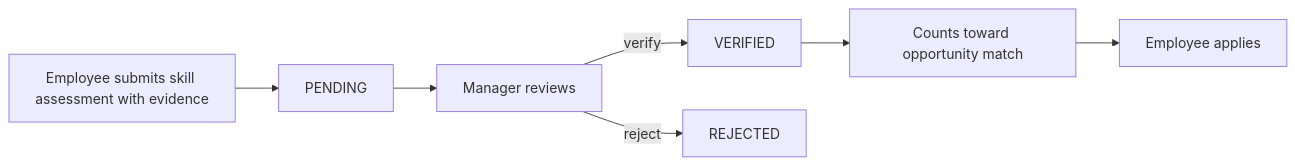
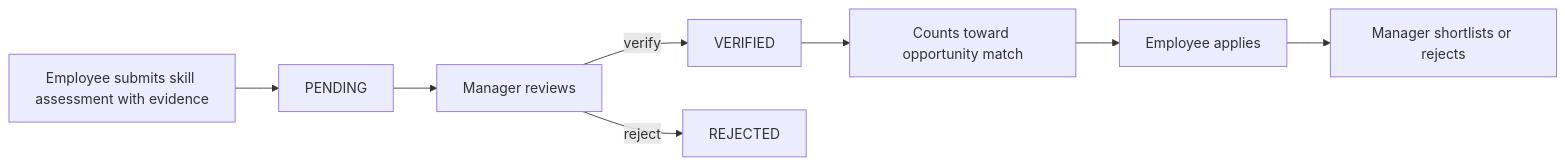
Before and after one commit to Antonijerry/skillbridge-api: the first of 2 diagrams in README.md, drawn with Mermaid. The commit also changed other lines of this file and 13 other files, not shown here.

````diff
--- a/README.md
+++ b/README.md
@@ -15,9 +15,10 @@
 ```mermaid
 flowchart LR
     A["Employee submits skill assessment with evidence"] --> B["PENDING"]
     B --> C["Manager reviews"]
     C -->|verify| D["VERIFIED"]
     C -->|reject| E["REJECTED"]
     D --> F["Counts toward opportunity match"]
     F --> G["Employee applies"]
+    G --> H["Manager shortlists or rejects"]
 ```
````
